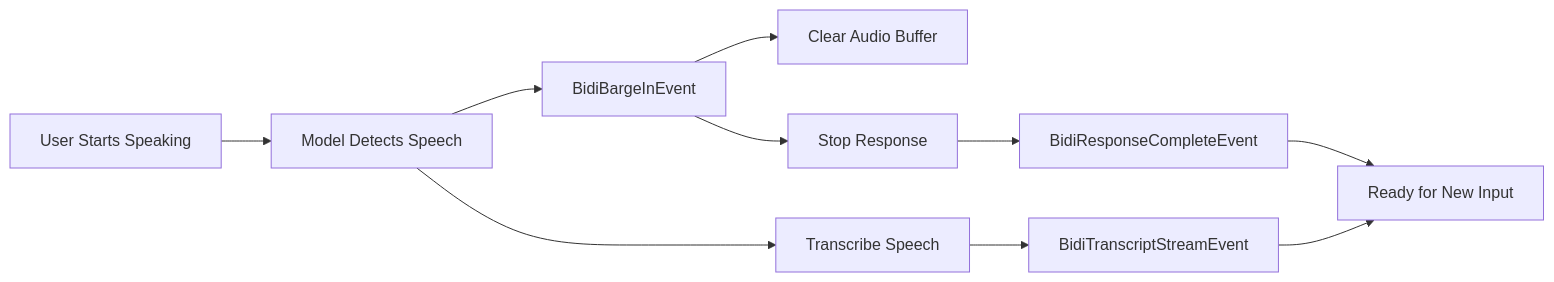
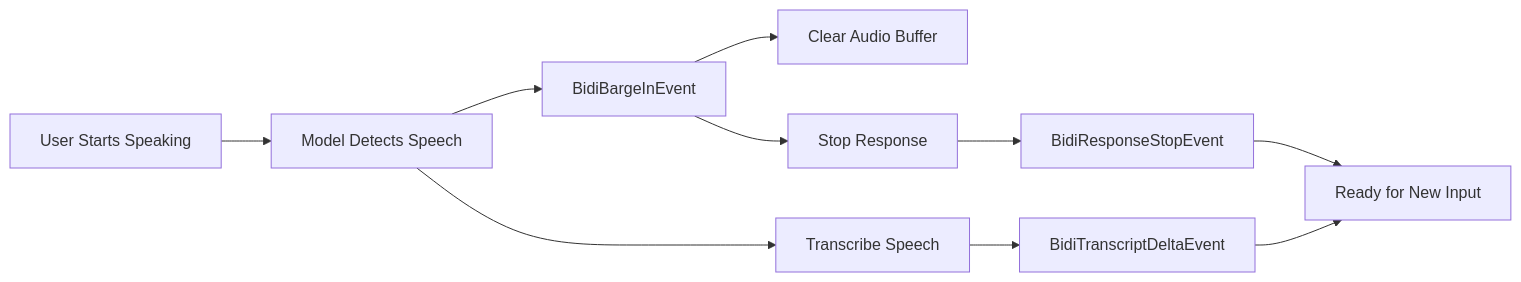
One commit to seniorgreencode/harness-sdk changed the diagram in site/src/content/docs/user-guide/sdk/bidirectional-streaming/barge-in.mdx. Above: the diagram before and after it, drawn with Mermaid. The commit also changed other lines of this file and 41 other files, not shown here.

Commit message:
fix(bidi): align response boundaries and transcript history (#4560)

````diff
--- a/site/src/content/docs/user-guide/sdk/bidirectional-streaming/barge-in.mdx
+++ b/site/src/content/docs/user-guide/sdk/bidirectional-streaming/barge-in.mdx
@@ -21,12 +21,12 @@
 ```mermaid
 flowchart LR
     A[User Starts Speaking] --> B[Model Detects Speech]
     B --> C[BidiBargeInEvent]
     C --> D[Clear Audio Buffer]
     C --> E[Stop Response]
-    E --> F[BidiResponseCompleteEvent]
+    E --> F[BidiResponseStopEvent]
     B --> G[Transcribe Speech]
-    G --> H[BidiTranscriptStreamEvent]
+    G --> H[BidiTranscriptDeltaEvent]
     F --> I[Ready for New Input]
     H --> I
 ```
````
